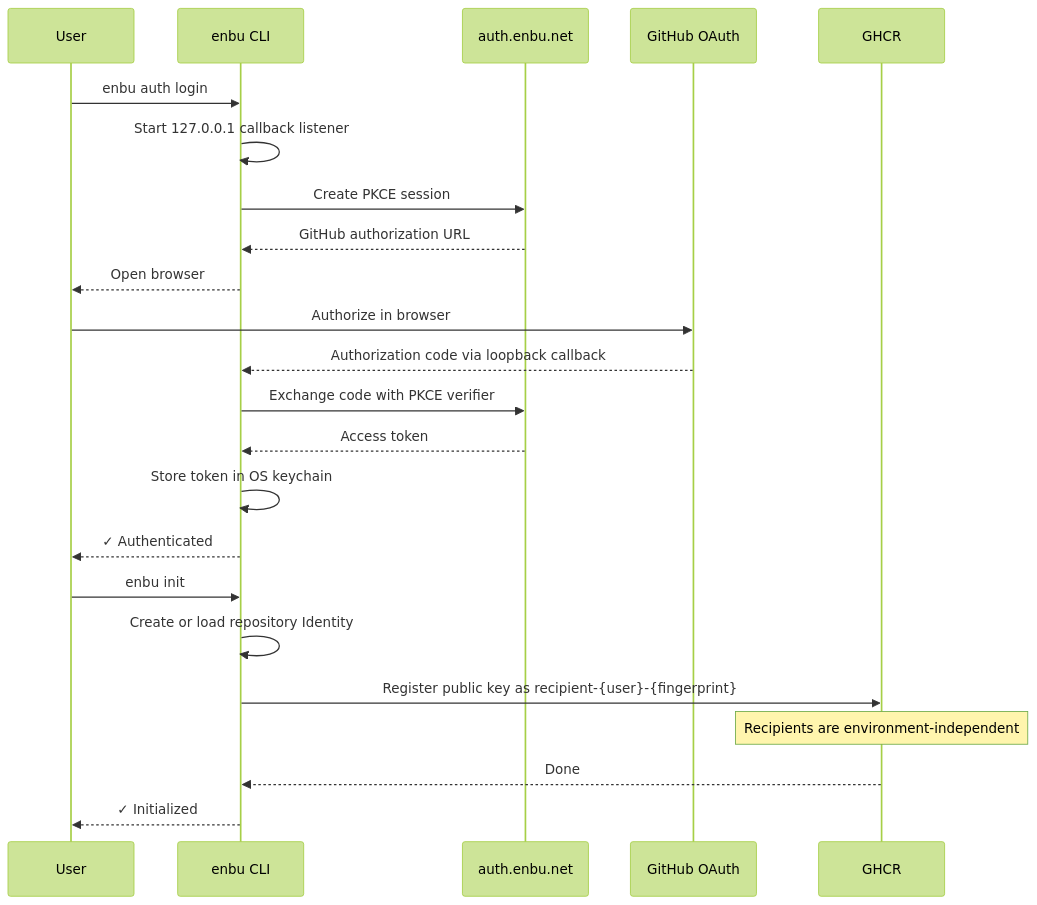
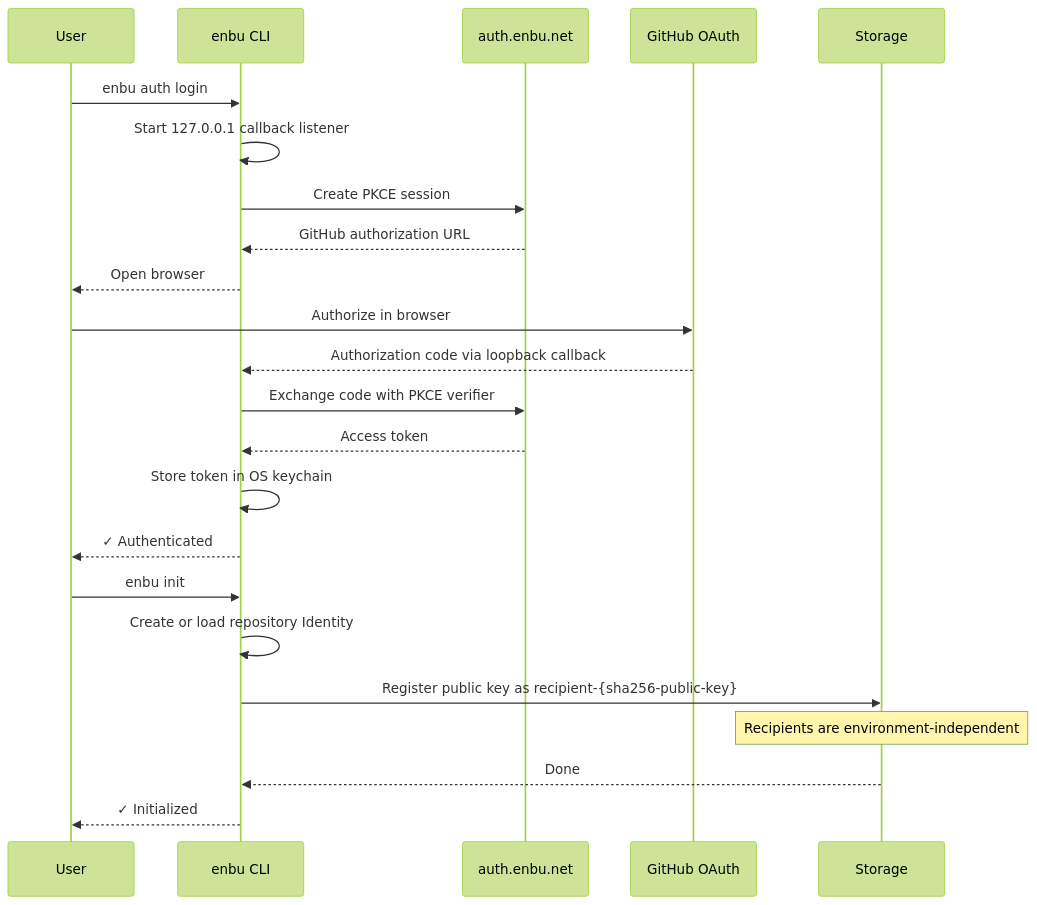
One commit to enbu-net/enbu changed the first of 3 diagrams in README.md. Above: the diagram before and after it, drawn with Mermaid (forest theme). The commit also changed other lines of this file and 5 other files, not shown here.

First line of the commit message:
test(storage): add cross-backend cli e2e and ci (#332)

````diff
--- a/README.md
+++ b/README.md
@@ -212,27 +236,27 @@
 ```mermaid
 sequenceDiagram
     participant User
     participant CLI as enbu CLI
     participant Auth as auth.enbu.net
     participant GitHub as GitHub OAuth
-    participant GHCR
+    participant GHCR as Storage
 
     User->>CLI: enbu auth login
     CLI->>CLI: Start 127.0.0.1 callback listener
     CLI->>Auth: Create PKCE session
     Auth-->>CLI: GitHub authorization URL
     CLI-->>User: Open browser
     User->>GitHub: Authorize in browser
     GitHub-->>CLI: Authorization code via loopback callback
     CLI->>Auth: Exchange code with PKCE verifier
     Auth-->>CLI: Access token
     CLI->>CLI: Store token in OS keychain
     CLI-->>User: ✓ Authenticated
 
     User->>CLI: enbu init
     CLI->>CLI: Create or load repository Identity
-    CLI->>GHCR: Register public key as recipient-{user}-{fingerprint}
+    CLI->>GHCR: Register public key as recipient-{sha256-public-key}
     Note over GHCR: Recipients are environment-independent
     GHCR-->>CLI: Done
     CLI-->>User: ✓ Initialized
 ```
````
